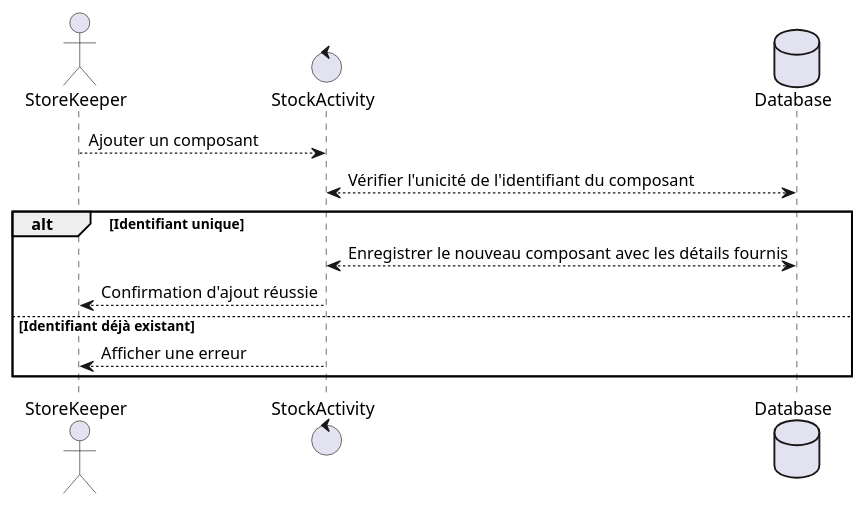
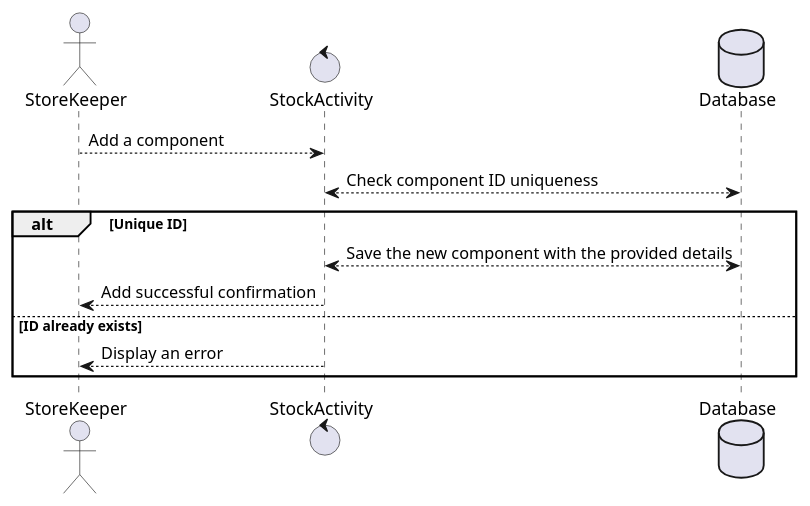
The eighth of 15 diagrams in README.md (Yorkchk/PC_sur_mesure_Mobile_app), drawn with PlantUML before and after one commit. The commit also changed other lines of this file, not shown here.

````diff
--- a/README.md
+++ b/README.md
@@ -292,17 +273,19 @@
+```plantuml
 @startuml
 actor StoreKeeper
 
 control StockActivity
 database Database
 
-StoreKeeper --> StockActivity : Ajouter un composant
+StoreKeeper --> StockActivity : Add a component
 
-StockActivity <--> Database : Vérifier l'unicité de l'identifiant du composant
+StockActivity <--> Database : Check component ID uniqueness
 
-alt Identifiant unique
-    StockActivity <--> Database : Enregistrer le nouveau composant avec les détails fournis
-    StockActivity --> StoreKeeper : Confirmation d'ajout réussie
-else Identifiant déjà existant
-    StockActivity --> StoreKeeper : Afficher une erreur
+alt Unique ID
+    StockActivity <--> Database : Save the new component with the provided details
+    StockActivity --> StoreKeeper : Add successful confirmation
+else ID already exists
+    StockActivity --> StoreKeeper : Display an error
 end
 @enduml
+```
````
